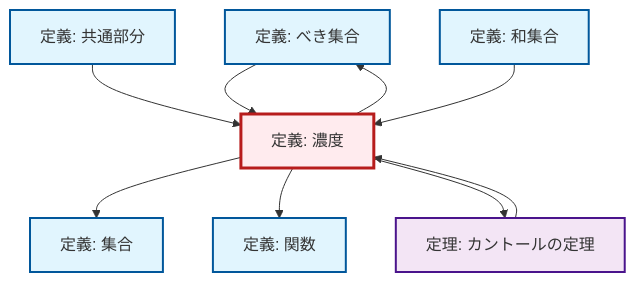
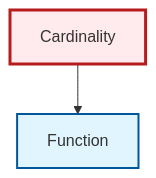
Before and after one commit to RK0429/ModernMath: the diagram in content/ja/logic-set-theory/def-cardinality.qmd, drawn with Mermaid. The commit also changed 328 other files, not shown here.

````diff
--- a/content/ja/logic-set-theory/def-cardinality.qmd
+++ b/content/ja/logic-set-theory/def-cardinality.qmd
@@ -86,31 +86,14 @@
 ```{mermaid}
 %%| fig-cap: "ローカル依存関係グラフ"
 graph TD
     classDef definition fill:#e1f5fe,stroke:#01579b,stroke-width:2px
     classDef theorem fill:#f3e5f5,stroke:#4a148c,stroke-width:2px
     classDef axiom fill:#fff3e0,stroke:#e65100,stroke-width:2px
     classDef example fill:#e8f5e9,stroke:#1b5e20,stroke-width:2px
     classDef current fill:#ffebee,stroke:#b71c1c,stroke-width:3px
-    def-set["定義: 集合"]:::definition
-    def-power-set["定義: べき集合"]:::definition
-    thm-cantor["定理: カントールの定理"]:::theorem
-    def-intersection["定義: 共通部分"]:::definition
-    def-union["定義: 和集合"]:::definition
-    def-function["定義: 関数"]:::definition
-    def-cardinality["定義: 濃度"]:::definition
-    def-power-set --> def-cardinality
-    def-cardinality --> def-set
-    def-cardinality --> def-power-set
-    def-intersection --> def-cardinality
-    thm-cantor --> def-cardinality
-    def-union --> def-cardinality
+    def-cardinality["Cardinality"]:::definition
+    def-function["Function"]:::definition
     def-cardinality --> def-function
-    def-cardinality --> thm-cantor
     class def-cardinality current
-    click def-set "def-set.html" "集合の定義へ"
-    click def-power-set "def-power-set.html" "べき集合の定義へ"
-    click thm-cantor "thm-cantor.html" "カントールの定理の定理へ"
-    click def-intersection "def-intersection.html" "共通部分の定義へ"
-    click def-union "def-union.html" "和集合の定義へ"
-    click def-function "def-function.html" "関数の定義へ"
+    click def-function "def-function.html" "Functionへ"
 ```
````
